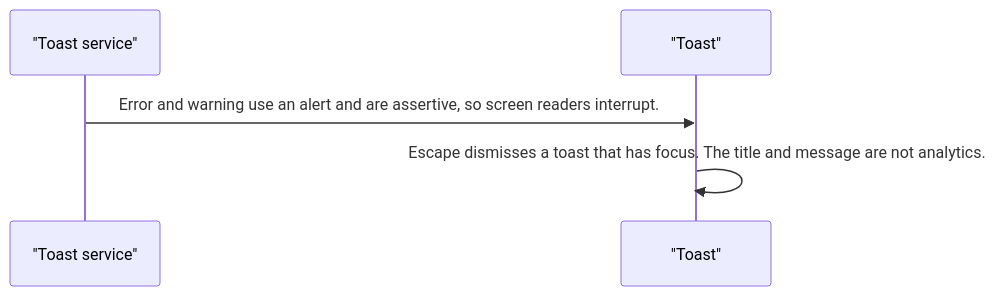
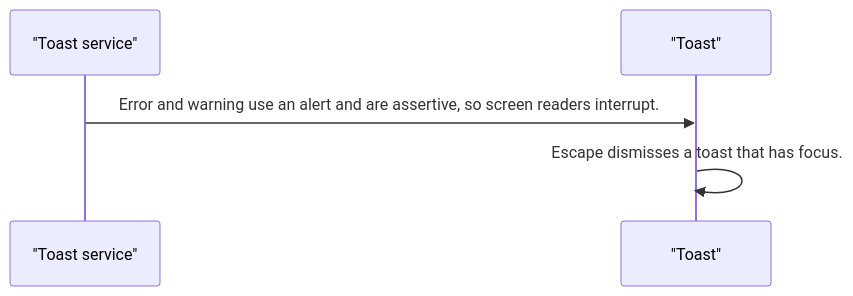
One commit to RajshekharBorate/pixel-ui changed the third of 4 diagrams in projects/pixel-ui/src/lib/pixel-toast/DESIGN.md. Above: the diagram before and after it, drawn with Mermaid. The commit also changed other lines of this file and 80 other files, not shown here.

Commit message:
Fill missing design flows and correct the stories that did not match component behavior.

````diff
--- a/projects/pixel-ui/src/lib/pixel-toast/DESIGN.md
+++ b/projects/pixel-ui/src/lib/pixel-toast/DESIGN.md
@@ -64,7 +64,7 @@
 ```mermaid
 sequenceDiagram
   participant service as "Toast service"
   participant toast as "Toast"
   service->>toast: Error and warning use an alert and are assertive, so screen readers interrupt.
-  toast->>toast: Escape dismisses a toast that has focus. The title and message are not analytics.
+  toast->>toast: Escape dismisses a toast that has focus.
 ```
````
